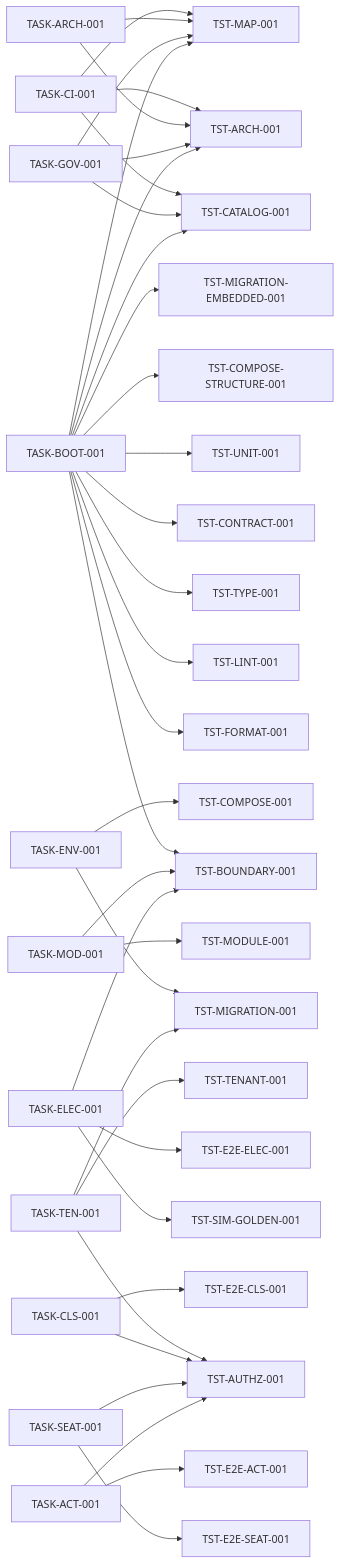
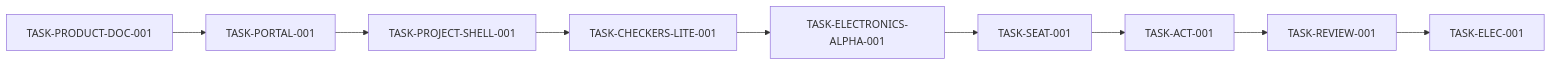
One commit to spikeal8-maker/asa-lab changed the first of 2 diagrams in docs/project-map/QUALITY_MAP.md. Above: the diagram before and after it, drawn with Mermaid. The commit also changed other lines of this file and 26 other files, not shown here.

First line of the commit message:
docs: establish ASA Lab product blueprint and execution contract

````diff
--- a/docs/project-map/QUALITY_MAP.md
+++ b/docs/project-map/QUALITY_MAP.md
@@ -61,75 +17,14 @@
 ```mermaid
 flowchart LR
-    CI[TASK-CI-001]
-    ARCH[TASK-ARCH-001]
-    GOV[TASK-GOV-001]
-    BOOT[TASK-BOOT-001]
-    ENV[TASK-ENV-001]
-    TEN[TASK-TEN-001]
-    CLS[TASK-CLS-001]
+    DOC[TASK-PRODUCT-DOC-001]
+    PORTAL[TASK-PORTAL-001]
+    PROJECT[TASK-PROJECT-SHELL-001]
+    CHECKERS[TASK-CHECKERS-LITE-001]
+    EALPHA[TASK-ELECTRONICS-ALPHA-001]
     SEAT[TASK-SEAT-001]
-    MOD[TASK-MOD-001]
     ACT[TASK-ACT-001]
-    ELEC[TASK-ELEC-001]
+    REVIEW[TASK-REVIEW-001]
+    EFULL[TASK-ELEC-001]
 
-    A1[TST-ARCH-001]
-    M1[TST-MAP-001]
-    C1[TST-CATALOG-001]
-    F1[TST-FORMAT-001]
-    L1[TST-LINT-001]
-    TY1[TST-TYPE-001]
-    B1[TST-BOUNDARY-001]
-    CT1[TST-CONTRACT-001]
-    U1[TST-UNIT-001]
-    CS1[TST-COMPOSE-STRUCTURE-001]
-    ME1[TST-MIGRATION-EMBEDDED-001]
-    CO1[TST-COMPOSE-001]
-    DB1[TST-MIGRATION-001]
-    T1[TST-TENANT-001]
-    AZ1[TST-AUTHZ-001]
-    EC1[TST-E2E-CLS-001]
-    ES1[TST-E2E-SEAT-001]
-    MO1[TST-MODULE-001]
-    EA1[TST-E2E-ACT-001]
-    SG1[TST-SIM-GOLDEN-001]
-    EE1[TST-E2E-ELEC-001]
-
-    CI --> A1
-    CI --> M1
-    CI --> C1
-    ARCH --> A1
-    ARCH --> M1
-    GOV --> A1
-    GOV --> M1
-    GOV --> C1
-
-    BOOT --> A1
-    BOOT --> M1
-    BOOT --> C1
-    BOOT --> F1
-    BOOT --> L1
-    BOOT --> TY1
-    BOOT --> B1
-    BOOT --> CT1
-    BOOT --> U1
-    BOOT --> CS1
-    BOOT --> ME1
-
-    ENV --> CO1
-    ENV --> DB1
-
-    TEN --> T1
-    TEN --> DB1
-    TEN --> AZ1
-    CLS --> AZ1
-    CLS --> EC1
-    SEAT --> AZ1
-    SEAT --> ES1
-    MOD --> B1
-    MOD --> MO1
-    ACT --> AZ1
-    ACT --> EA1
-    ELEC --> B1
-    ELEC --> SG1
-    ELEC --> EE1
+    DOC --> PORTAL --> PROJECT --> CHECKERS --> EALPHA --> SEAT --> ACT --> REVIEW --> EFULL
 ```
````
